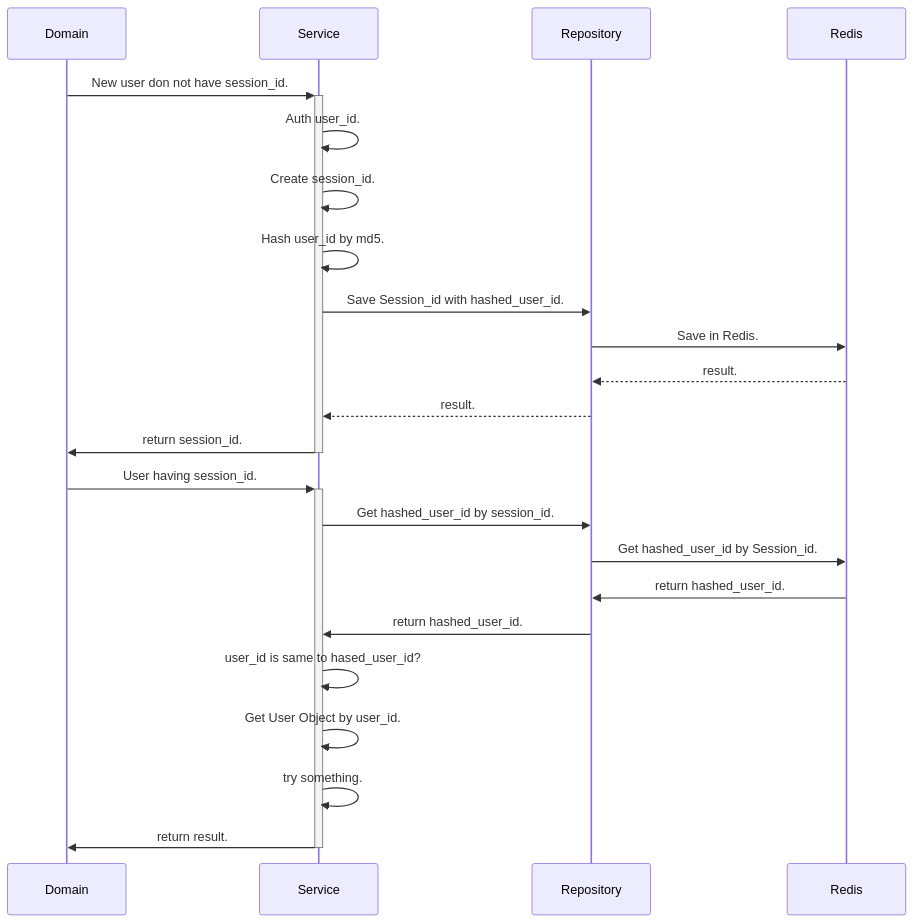
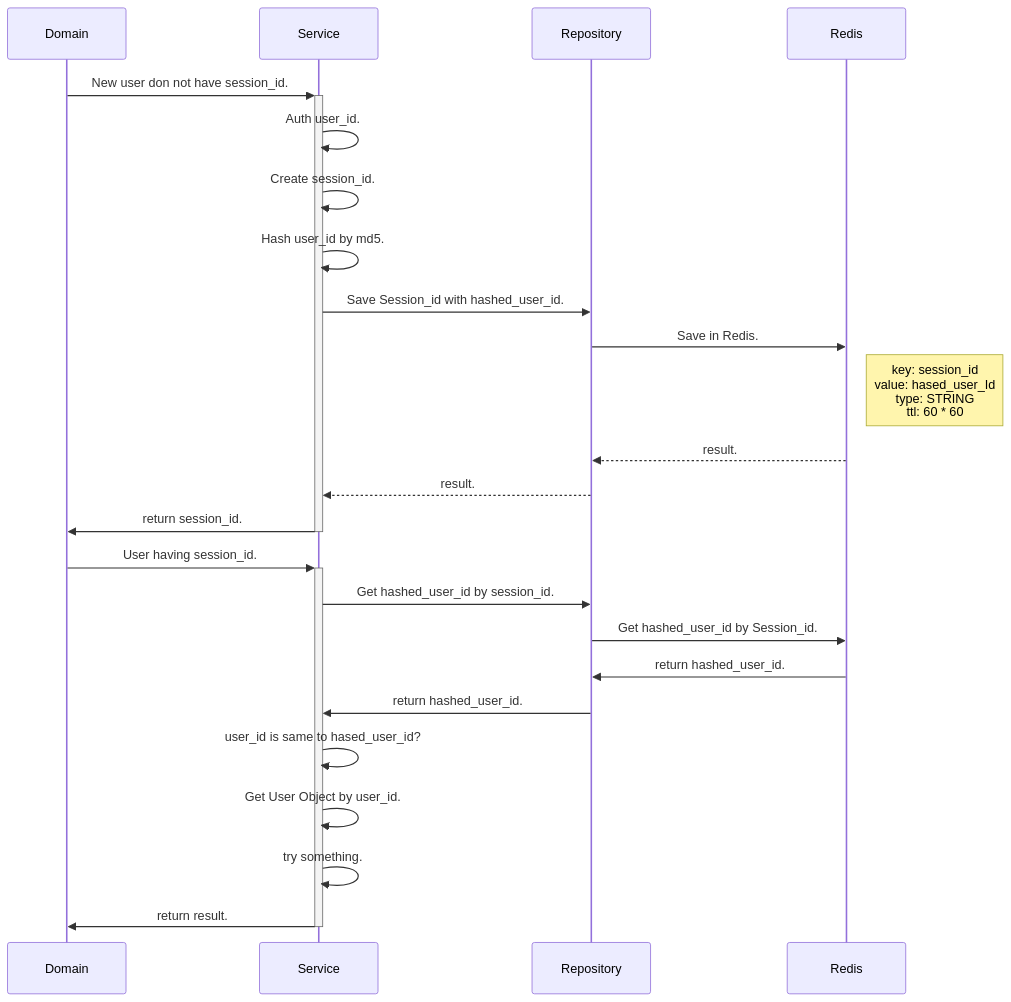
The diagram in README.md (yutakasugiura/redis_learning), drawn with Mermaid before and after one commit.

Commit message:
add: redis

````diff
--- a/README.md
+++ b/README.md
@@ -33,25 +33,27 @@
 ```mermaid
 sequenceDiagram
     participant Domain
     participant Service
     participant Repository
     participant Redis
     Domain->>+Service: New user don not have session_id. 
     Service->>Service: Auth user_id.
     Service->>Service: Create session_id.
     Service->>Service: Hash user_id by md5.
     Service->>Repository: Save Session_id with hashed_user_id.
     Repository->>Redis: Save in Redis.
+     Note right of Redis: key: session_id<br>value: hased_user_Id <br>type: STRING<br> ttl: 60 * 60
     Redis-->>Repository: result.
     Repository-->>Service: result.
     Service->>-Domain: return session_id.
+
     Domain->>+Service: User having session_id.
     Service->>Repository: Get hashed_user_id by session_id.
     Repository->>Redis: Get hashed_user_id by Session_id.
     Redis->>Repository: return hashed_user_id.
     Repository->>Service: return hashed_user_id.
     Service->>Service: user_id is same to hased_user_id?
     Service->>Service: Get User Object by user_id.
     Service->>Service: try something.
     Service->>-Domain: return result.
 ```
````
